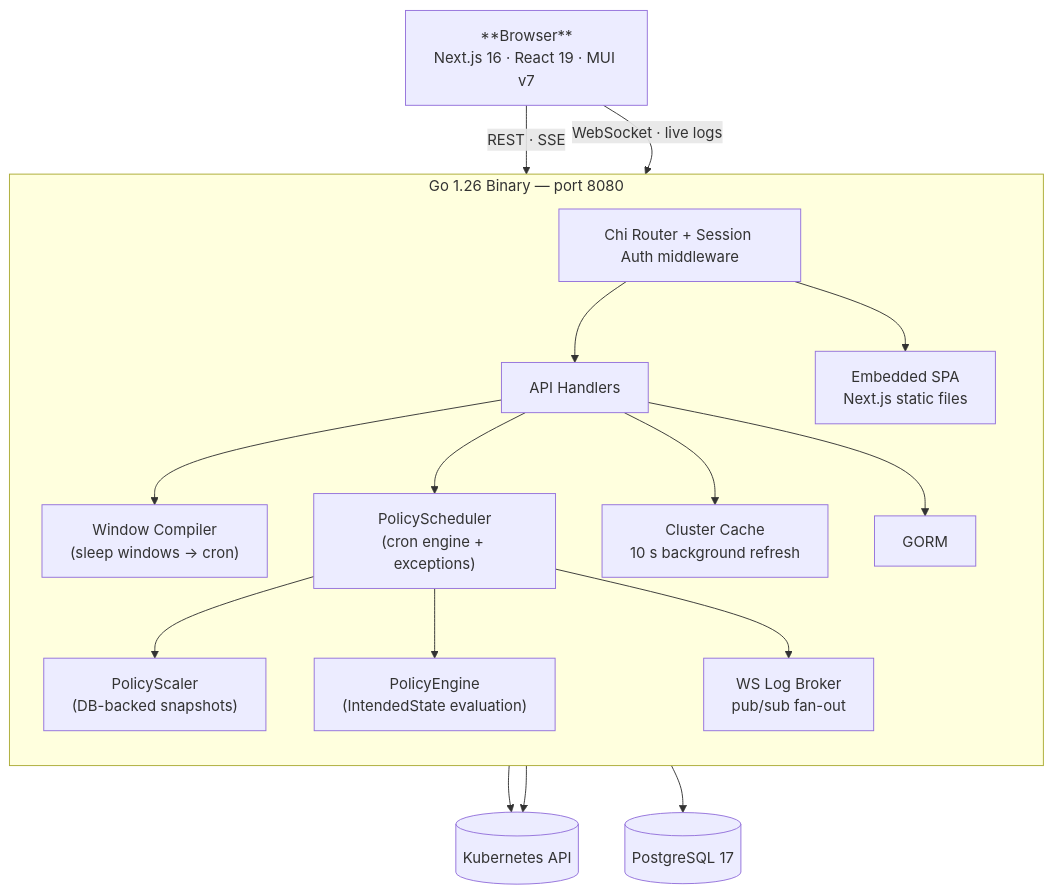
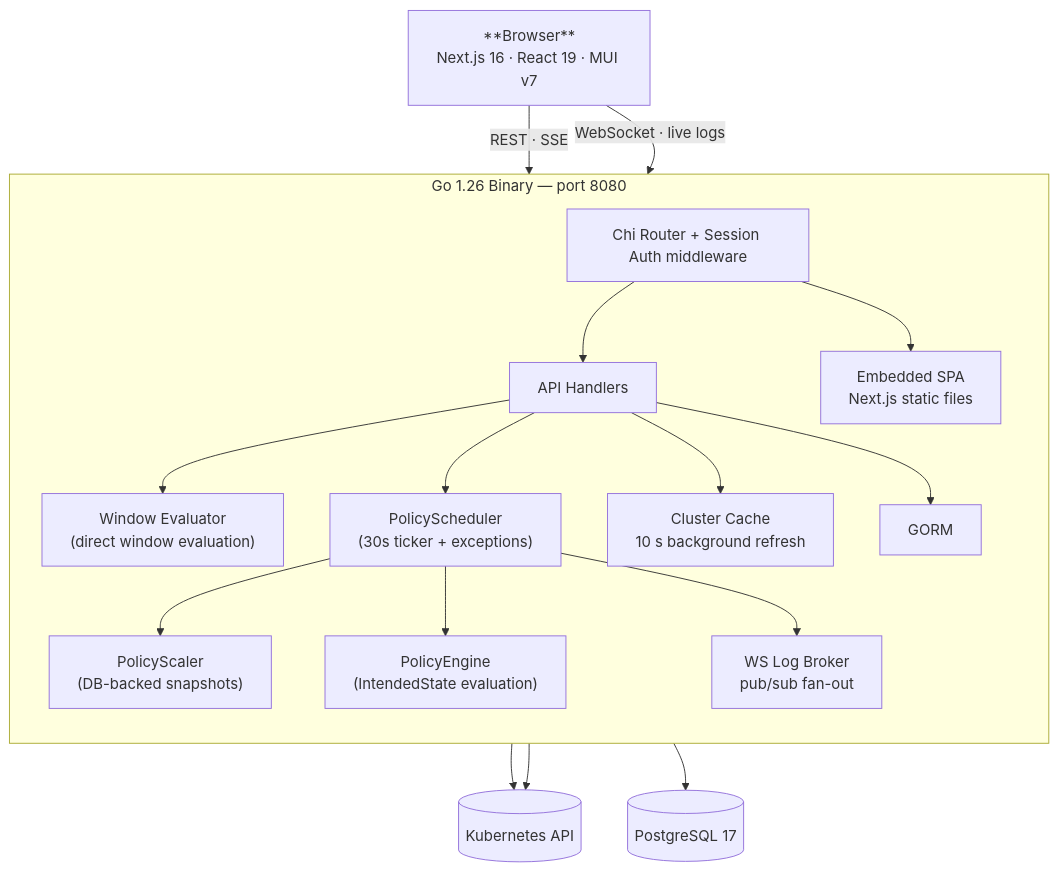
One commit to MacXsimilian/kube-phoenix changed the diagram in README.md. Above: the diagram before and after it, drawn with Mermaid. The commit also changed other lines of this file and 1 other file, not shown here.

First line of the commit message:
docs: add window-native scheduling architecture document

````diff
--- a/README.md
+++ b/README.md
@@ -127,36 +125,36 @@
 ```mermaid
 flowchart TB
     Browser["**Browser**<br/>Next.js 16 · React 19 · MUI v7"]
 
     subgraph Binary["Go 1.26 Binary — port 8080"]
         direction TB
         Router["Chi Router + Session Auth middleware"]
         Handlers["API Handlers"]
-        WindowCompiler["Window Compiler<br/>(sleep windows → cron)"]
-        PolicyScheduler["PolicyScheduler<br/>(cron engine + exceptions)"]
+        WindowEvaluator["Window Evaluator<br/>(direct window evaluation)"]
+        PolicyScheduler["PolicyScheduler<br/>(30s ticker + exceptions)"]
         PolicyEngine["PolicyEngine<br/>(IntendedState evaluation)"]
         PolicyScaler["PolicyScaler<br/>(DB-backed snapshots)"]
         Cache["Cluster Cache<br/>10 s background refresh"]
         Broker["WS Log Broker<br/>pub/sub fan-out"]
         GORM["GORM"]
         SPA["Embedded SPA<br/>Next.js static files"]
     end
 
     K8s[("Kubernetes API")]
     PG[("PostgreSQL 17")]
 
     Browser -- "REST · SSE" --> Router
     Browser -- "WebSocket · live logs" --> Router
     Router --> Handlers
     Router --> SPA
-    Handlers --> WindowCompiler
+    Handlers --> WindowEvaluator
     Handlers --> PolicyScheduler
     Handlers --> Cache
     Handlers --> GORM
     PolicyScheduler --> PolicyScaler
     PolicyScheduler --> PolicyEngine
     PolicyScheduler --> Broker
     PolicyScaler --> K8s
     Cache --> K8s
     GORM --> PG
 ```
````
